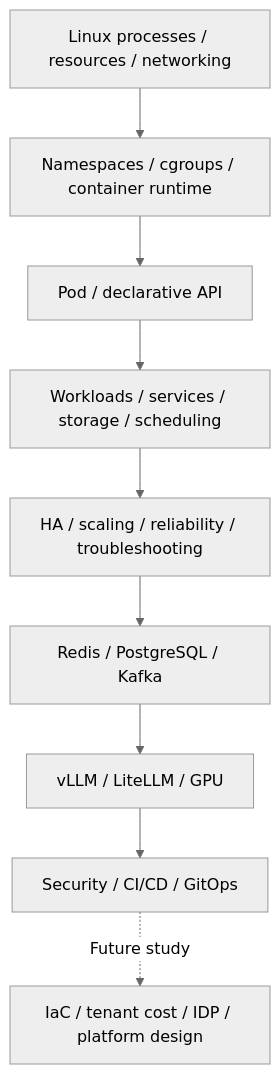
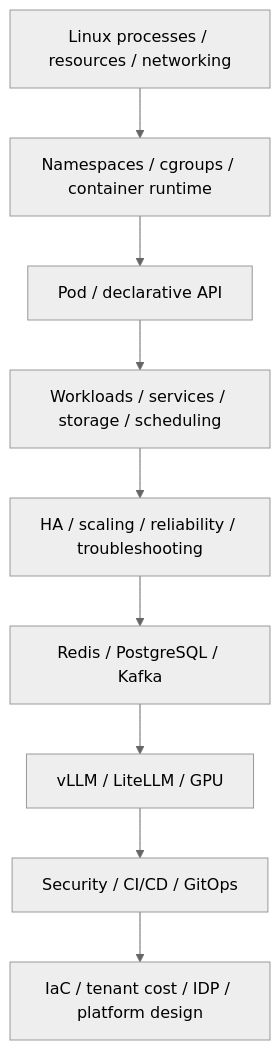
One commit to nohdol97/work-handbook changed the diagram in docs/en/platform-infrastructure/index.md. Above: the diagram before and after it, drawn with Mermaid (neutral theme). The commit also changed other lines of this file and 26 other files, not shown here.

````diff
--- a/docs/en/platform-infrastructure/index.md
+++ b/docs/en/platform-infrastructure/index.md
@@ -25,11 +26,11 @@
 ```mermaid
 flowchart TD
   Linux[Linux processes / resources / networking] --> Container[Namespaces / cgroups / container runtime]
   Container --> Pod[Pod / declarative API]
   Pod --> Workload[Workloads / services / storage / scheduling]
   Workload --> Operations[HA / scaling / reliability / troubleshooting]
   Operations --> Services[Redis / PostgreSQL / Kafka]
   Services --> Serving[vLLM / LiteLLM / GPU]
   Serving --> Security[Security / CI/CD / GitOps]
-  Security -. Future study .-> Future[IaC / tenant cost / IDP / platform design]
+  Security --> Platform[IaC / tenant cost / IDP / platform design]
 ```
````
